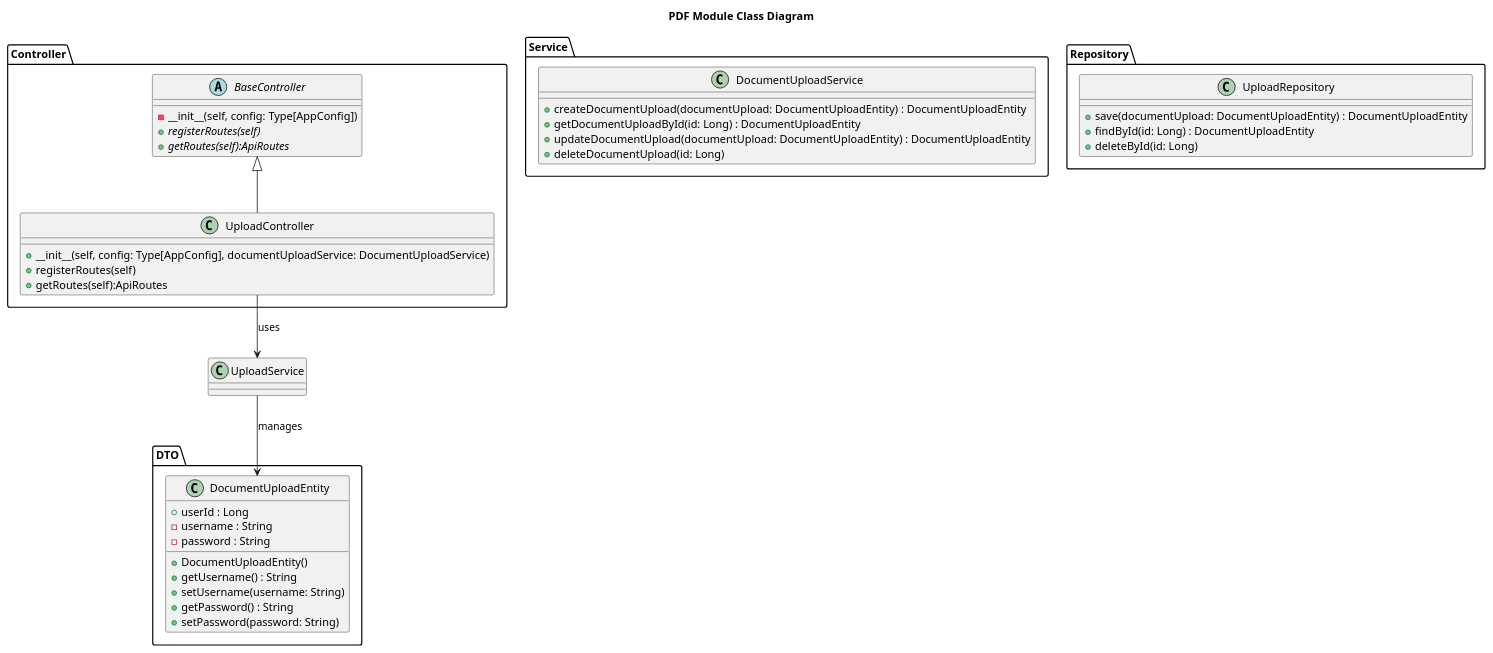
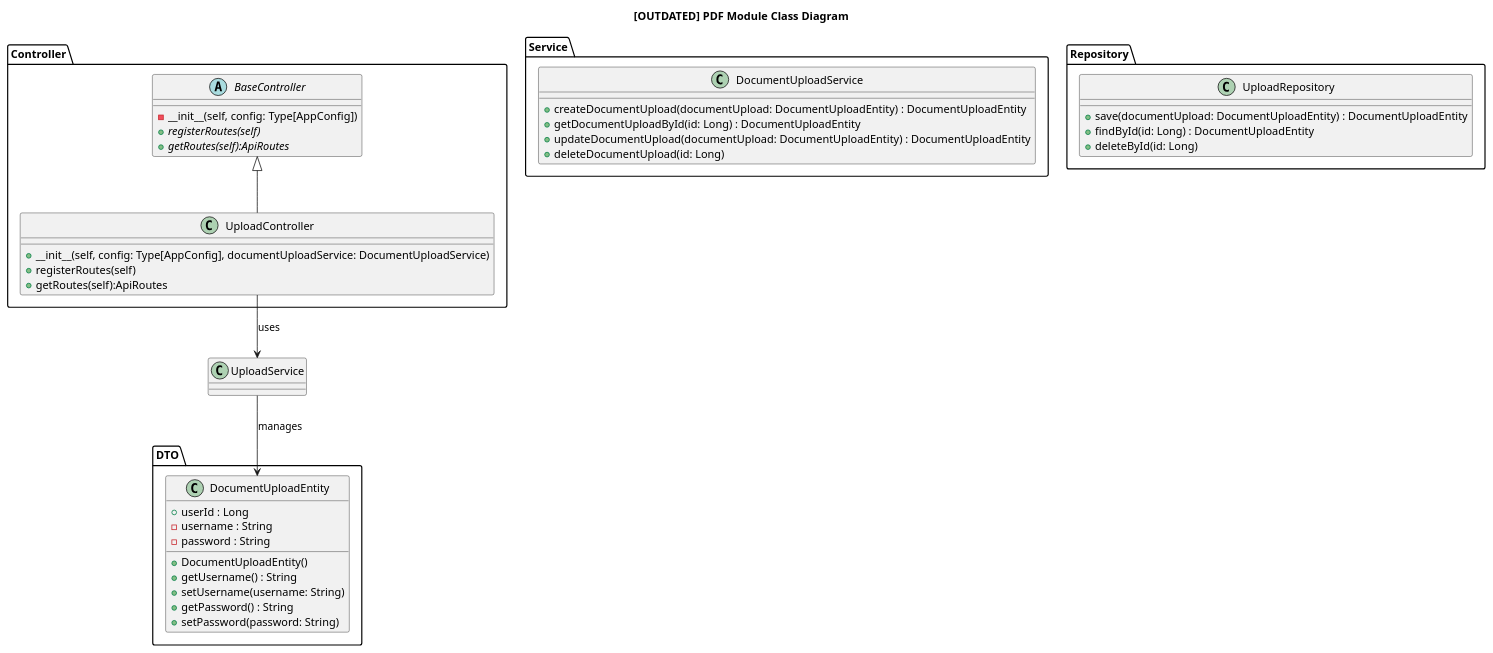
Before and after one commit to lanshi17/LinguaSeeker: the diagram in apps/backend/docs/pdf_cd.puml, drawn with PlantUML. The commit also changed 1 other file, not shown here.

Commit message:
puml outdated

```diff
--- a/apps/backend/docs/pdf_cd.puml
+++ b/apps/backend/docs/pdf_cd.puml
@@ -1,53 +1,62 @@
 @startuml PDFClassDiagram
-title PDF Module Class Diagram
+' [OUTDATED] This diagram reflects an older architecture (presentation/* controllers,
+' DocumentUploadEntity/Service/Repository). Current implementation uses:
+' - FastAPI routes under src/api/routes (e.g. /api/v1/pdf/upload, /api/v1/tasks/requests/upload)
+' - Task orchestration in src/services/task_manager.py
+' - Storage/clients in src/infrastructure/*
+'
+' If you need an updated diagram, regenerate based on src/api/routes/{core,task}.py and
+' src/services/task_manager.py.
+
+title [OUTDATED] PDF Module Class Diagram
 
 package "DTO" {
   class DocumentUploadEntity {
     + userId : Long
     - username : String
     - password : String
     + DocumentUploadEntity()
     + getUsername() : String
     + setUsername(username: String)
     + getPassword() : String
     + setPassword(password: String)
   }
 }
 
 package "Service" {
   class DocumentUploadService {
     + createDocumentUpload(documentUpload: DocumentUploadEntity) : DocumentUploadEntity
     + getDocumentUploadById(id: Long) : DocumentUploadEntity
     + updateDocumentUpload(documentUpload: DocumentUploadEntity) : DocumentUploadEntity
     + deleteDocumentUpload(id: Long)
   }
 }
 
 
 package "Controller" {
   abstract class BaseController {
     - __init__(self, config: Type[AppConfig])
     {abstract}+ registerRoutes(self)
     {abstract}+ getRoutes(self):ApiRoutes
   }
 
   class UploadController{
     + __init__(self, config: Type[AppConfig], documentUploadService: DocumentUploadService)
     + registerRoutes(self)
     + getRoutes(self):ApiRoutes
   }
   BaseController  <|-- UploadController
 }
 
 package "Repository" {
   class UploadRepository {
     + save(documentUpload: DocumentUploadEntity) : DocumentUploadEntity
     + findById(id: Long) : DocumentUploadEntity
     + deleteById(id: Long)
   }
 }
 
 UploadController --> UploadService: uses
 UploadService --> DocumentUploadEntity: manages
 
 @enduml
```
